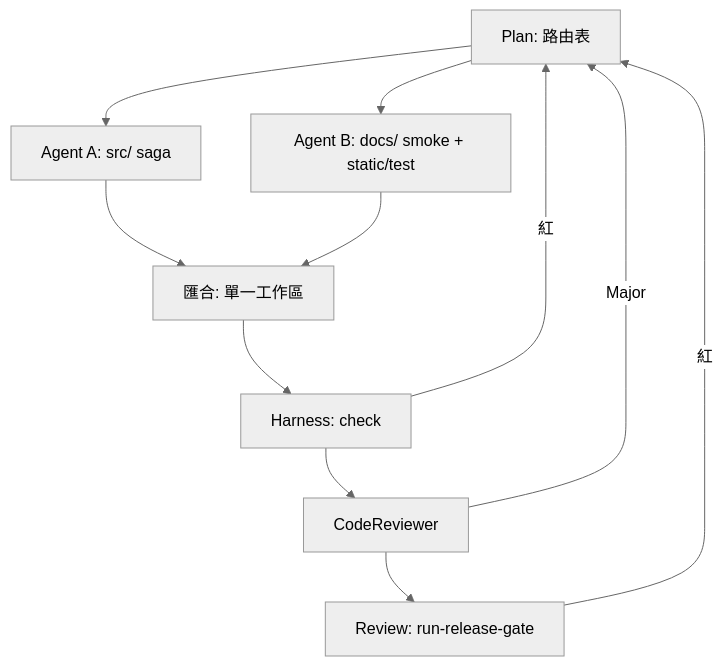
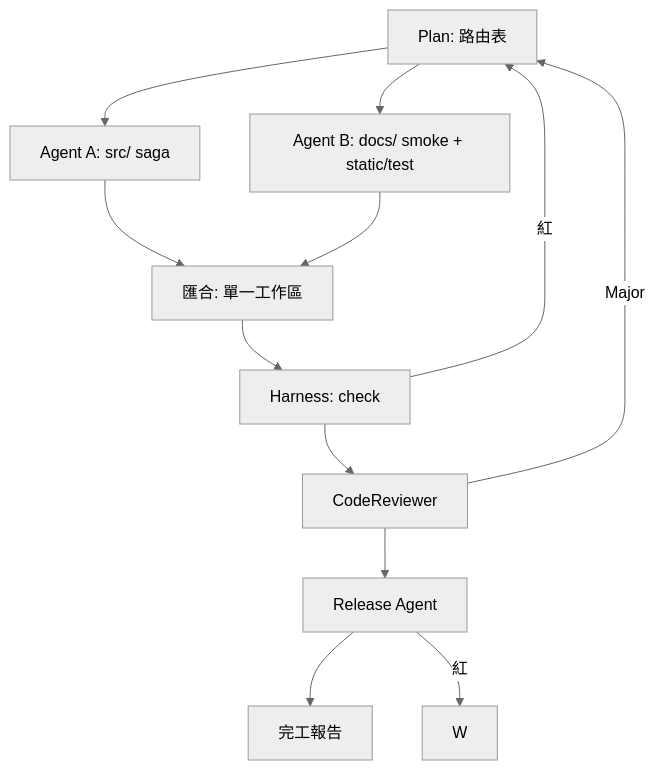
One commit to johnGitHub24/TradingSagaTCC changed the second of 2 diagrams in docs/graph-routing.md. Above: the diagram before and after it, drawn with Mermaid (neutral theme). The commit also changed other lines of this file, not shown here.

Commit message:
docs：graph-routing 對齊 Release Agent 與 Cursor Task 範例（EOS 0.1.20）。

````diff
--- a/docs/graph-routing.md
+++ b/docs/graph-routing.md
@@ -71,13 +109,14 @@
 ```mermaid
 flowchart TB
   P[Plan: 路由表] --> A[Agent A: src/ saga]
   P --> B[Agent B: docs/ smoke + static/test]
   A --> M[匯合: 單一工作區]
   B --> M
   M --> H[Harness: check]
   H --> CR[CodeReviewer]
-  CR --> R[Review: run-release-gate]
+  CR --> RA[Release Agent]
+  RA --> REP[完工報告]
   H -->|紅| P
   CR -->|Major| P
-  R -->|紅| P
+  RA -->|紅| W
 ```
````
